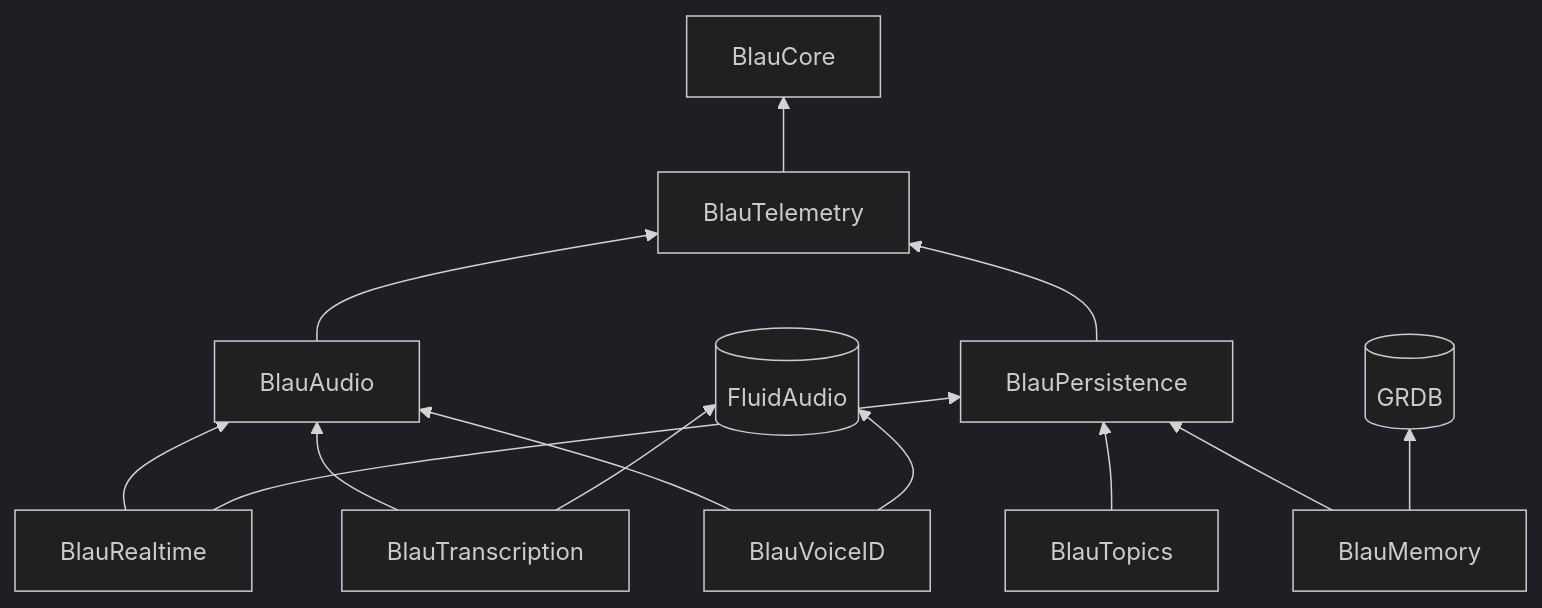
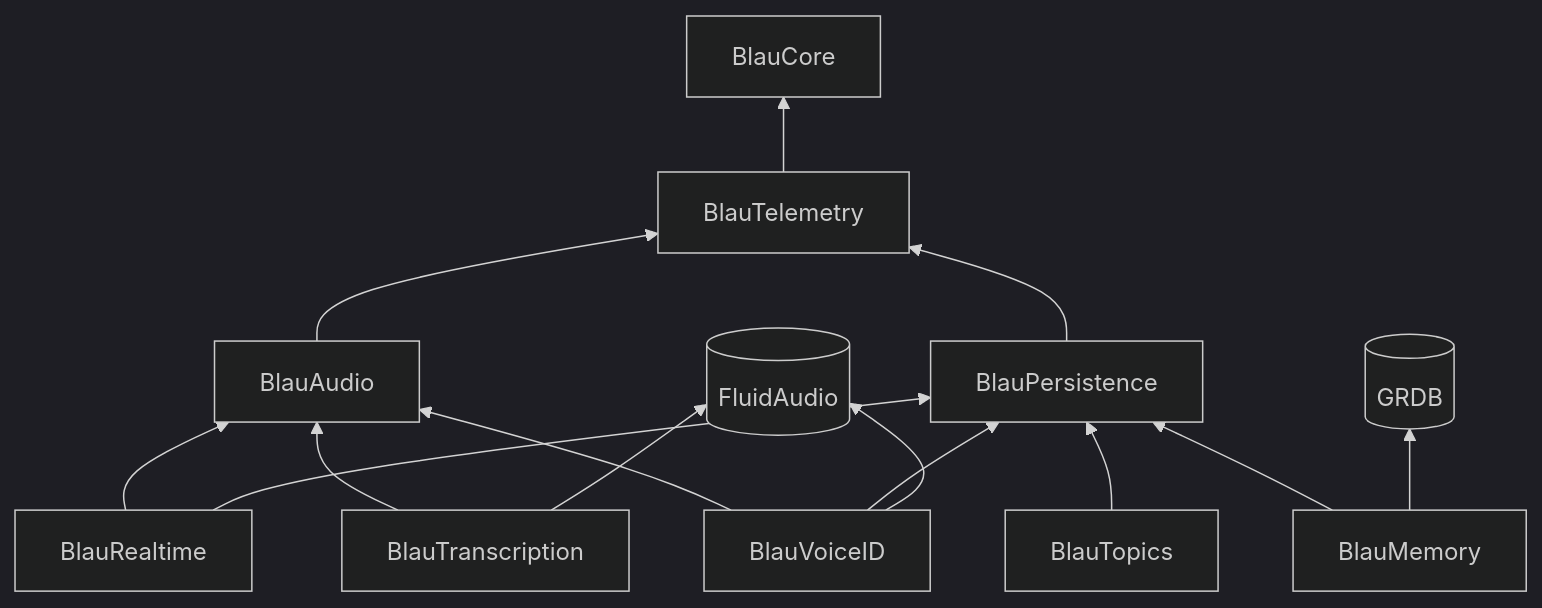
Before and after one commit to joeblau/voice: the diagram in docs/architecture.md, drawn with Mermaid (dark theme). The commit also changed other lines of this file and 35 other files, not shown here.

````diff
--- a/docs/architecture.md
+++ b/docs/architecture.md
@@ -44,27 +44,28 @@
 ```mermaid
 flowchart BT
     Core[BlauCore]
     Telemetry[BlauTelemetry]
     Audio[BlauAudio]
     Persistence[BlauPersistence]
     Transcription[BlauTranscription]
     VoiceID[BlauVoiceID]
     Realtime[BlauRealtime]
     Topics[BlauTopics]
     Memory[BlauMemory]
     FluidAudio[(FluidAudio)]
     GRDB[(GRDB)]
 
     Telemetry --> Core
     Audio --> Telemetry
     Persistence --> Telemetry
     Transcription --> Audio
     VoiceID --> Audio
+    VoiceID --> Persistence
     Realtime --> Audio
     Realtime --> Persistence
     Topics --> Persistence
     Memory --> Persistence
     Transcription --> FluidAudio
     VoiceID --> FluidAudio
     Memory --> GRDB
 ```
````
